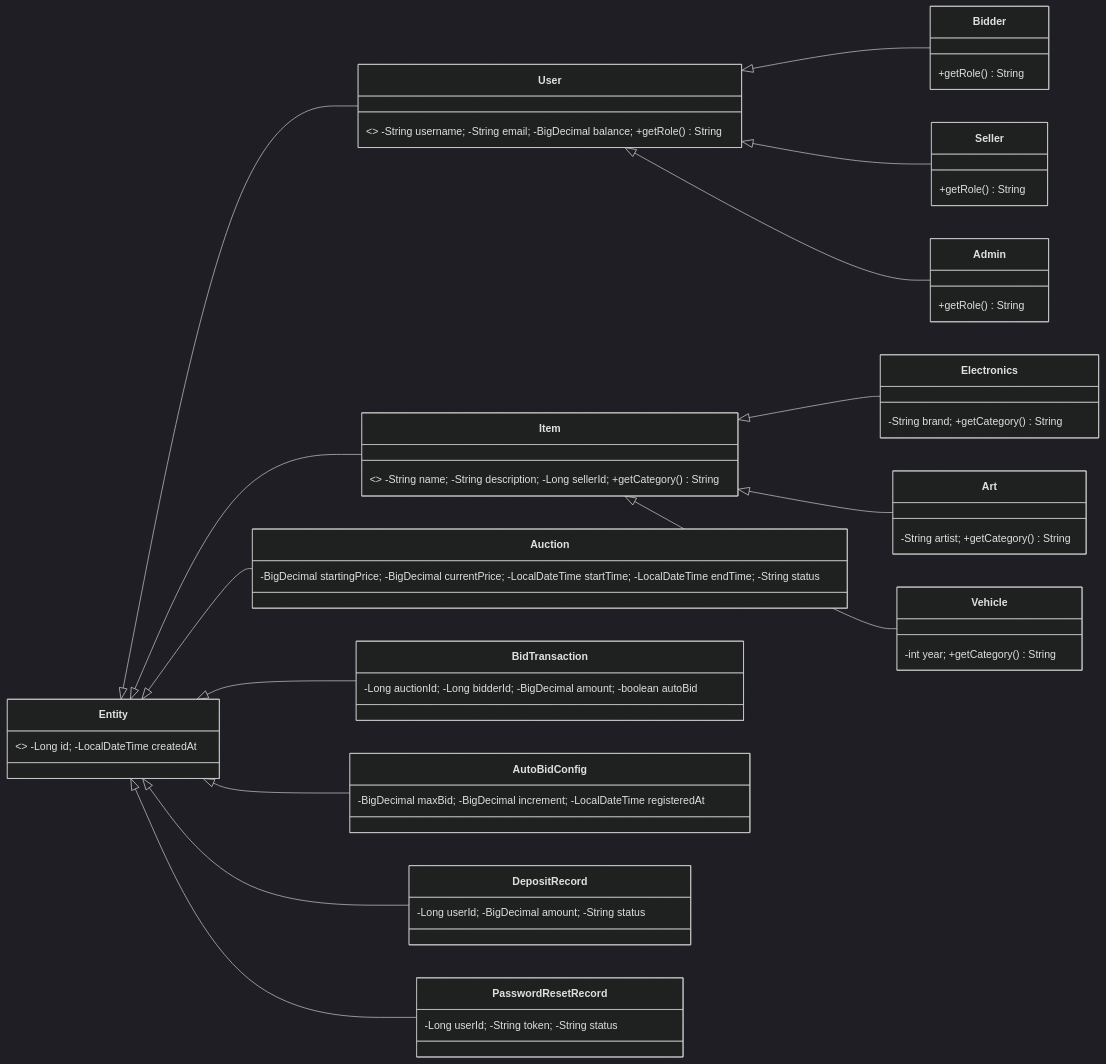
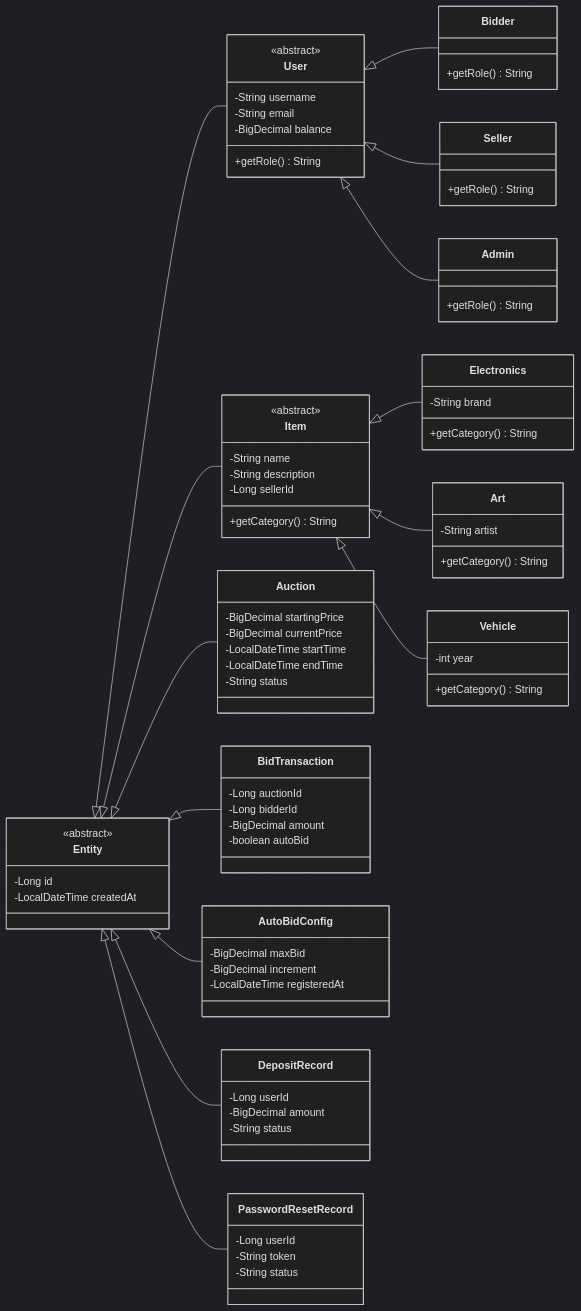
One commit to kieran-labs/oop-course-project-uet changed the first of 5 diagrams in README.md. Above: the diagram before and after it, drawn with Mermaid (dark theme). The commit also changed other lines of this file, not shown here.

````diff
--- a/README.md
+++ b/README.md
@@ -81,20 +83,74 @@
 ```mermaid
 classDiagram
     direction LR
-    class Entity { <<abstract>> -Long id; -LocalDateTime createdAt }
-    class User { <<abstract>> -String username; -String email; -BigDecimal balance; +getRole() String }
-    class Bidder { +getRole() String }
-    class Seller { +getRole() String }
-    class Admin { +getRole() String }
-    class Item { <<abstract>> -String name; -String description; -Long sellerId; +getCategory() String }
-    class Electronics { -String brand; +getCategory() String }
-    class Art { -String artist; +getCategory() String }
-    class Vehicle { -int year; +getCategory() String }
-    class Auction { -BigDecimal startingPrice; -BigDecimal currentPrice; -LocalDateTime startTime; -LocalDateTime endTime; -String status }
-    class BidTransaction { -Long auctionId; -Long bidderId; -BigDecimal amount; -boolean autoBid }
-    class AutoBidConfig { -BigDecimal maxBid; -BigDecimal increment; -LocalDateTime registeredAt }
-    class DepositRecord { -Long userId; -BigDecimal amount; -String status }
-    class PasswordResetRecord { -Long userId; -String token; -String status }
+    class Entity {
+        <<abstract>>
+        -Long id
+        -LocalDateTime createdAt
+    }
+    class User {
+        <<abstract>>
+        -String username
+        -String email
+        -BigDecimal balance
+        +getRole() String
+    }
+    class Bidder {
+        +getRole() String
+    }
+    class Seller {
+        +getRole() String
+    }
+    class Admin {
+        +getRole() String
+    }
+    class Item {
+        <<abstract>>
+        -String name
+        -String description
+        -Long sellerId
+        +getCategory() String
+    }
+    class Electronics {
+        -String brand
+        +getCategory() String
+    }
+    class Art {
+        -String artist
+        +getCategory() String
+    }
+    class Vehicle {
+        -int year
+        +getCategory() String
+    }
+    class Auction {
+        -BigDecimal startingPrice
+        -BigDecimal currentPrice
+        -LocalDateTime startTime
+        -LocalDateTime endTime
+        -String status
+    }
+    class BidTransaction {
+        -Long auctionId
+        -Long bidderId
+        -BigDecimal amount
+        -boolean autoBid
+    }
+    class AutoBidConfig {
+        -BigDecimal maxBid
+        -BigDecimal increment
+        -LocalDateTime registeredAt
+    }
+    class DepositRecord {
+        -Long userId
+        -BigDecimal amount
+        -String status
+    }
+    class PasswordResetRecord {
+        -Long userId
+        -String token
+        -String status
+    }
     Entity <|-- User
     Entity <|-- Item
     Entity <|-- Auction
````
